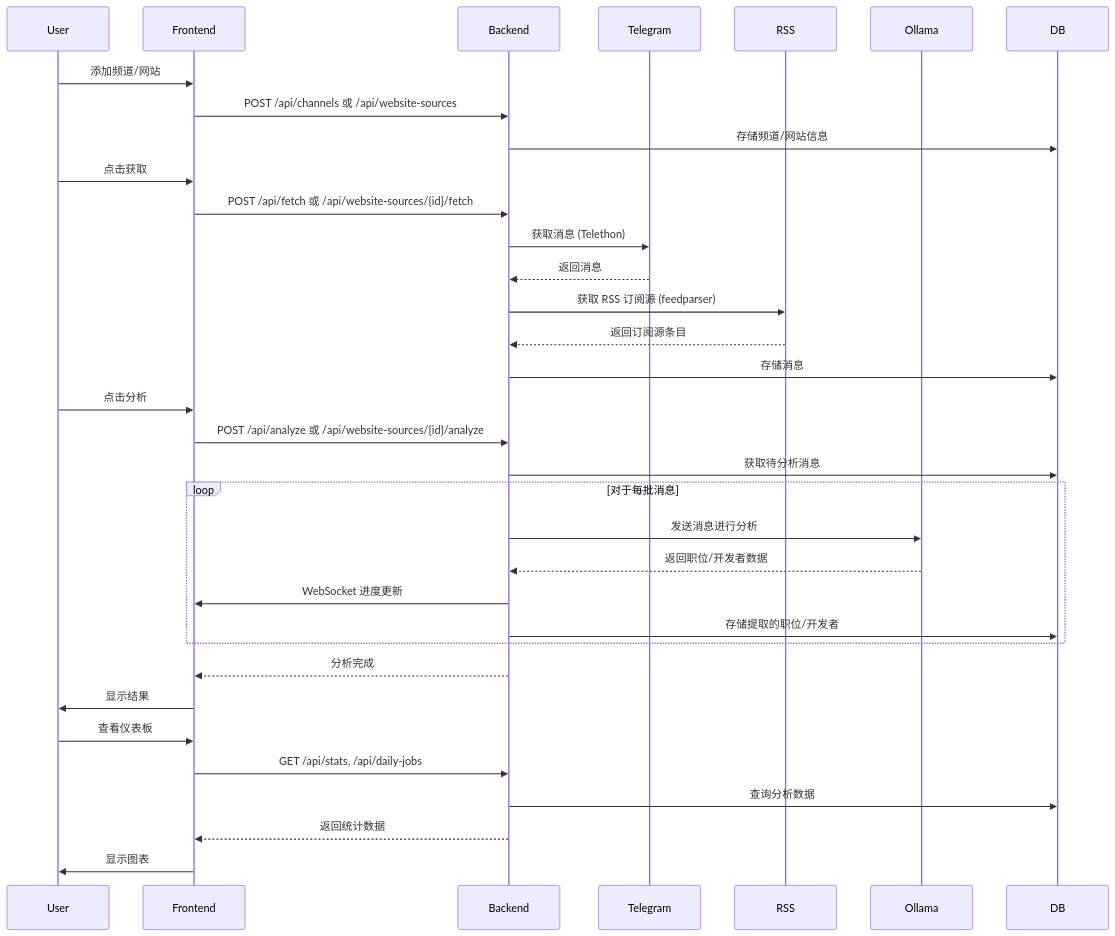
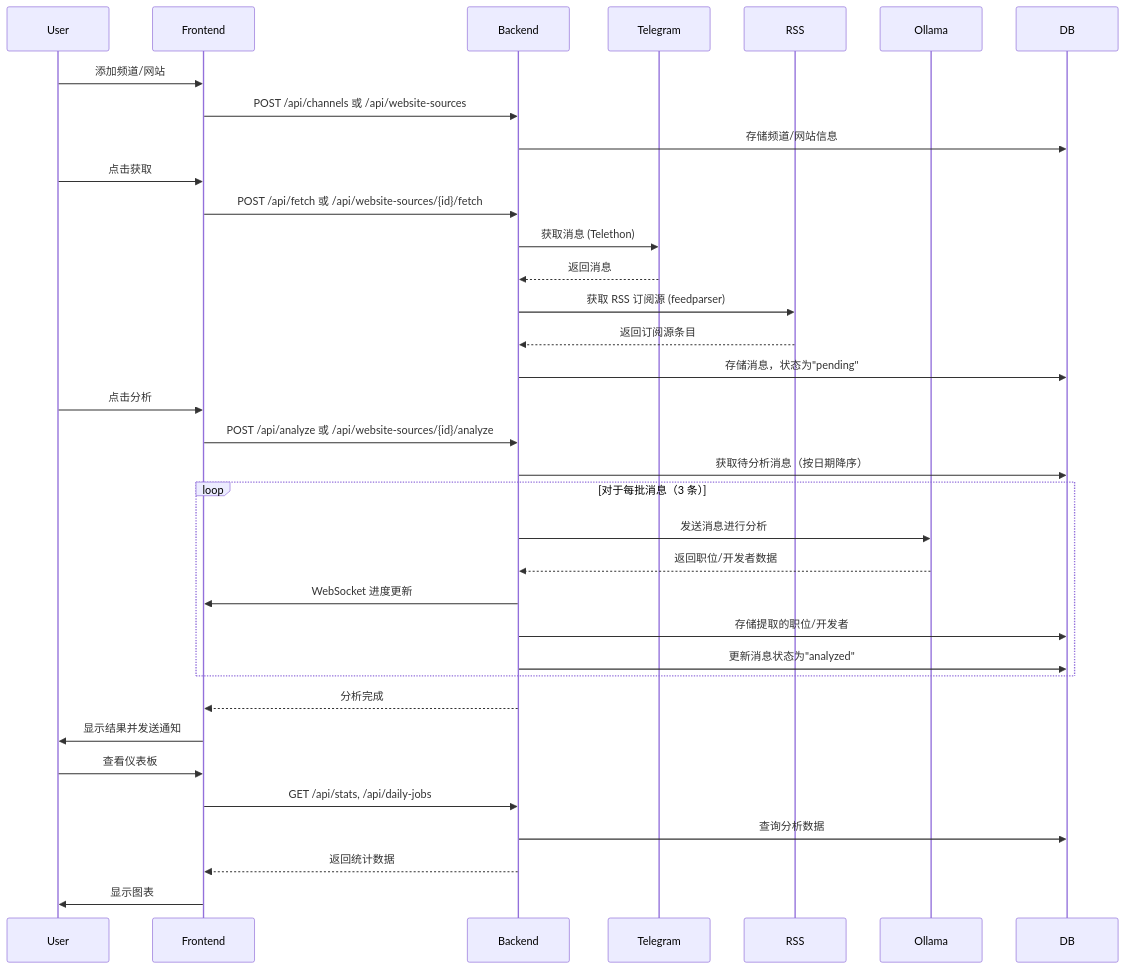
The second of 3 diagrams in README.zh-CN.md (dariank38/agentic-job-scraper), drawn with Mermaid before and after one commit. The commit also changed other lines of this file and 1 other file, not shown here.

First line of the commit message:
docs: restructure README with improved formatting, visual elements, and comprehensive architecture documentation

````diff
--- a/README.zh-CN.md
+++ b/README.zh-CN.md
@@ -54,40 +94,41 @@
 ```mermaid
 sequenceDiagram
     participant User
     participant Frontend
     participant Backend
     participant Telegram
     participant RSS
     participant Ollama
     participant DB
 
     User->>Frontend: 添加频道/网站
     Frontend->>Backend: POST /api/channels 或 /api/website-sources
     Backend->>DB: 存储频道/网站信息
 
     User->>Frontend: 点击获取
     Frontend->>Backend: POST /api/fetch 或 /api/website-sources/{id}/fetch
     Backend->>Telegram: 获取消息 (Telethon)
     Telegram-->>Backend: 返回消息
     Backend->>RSS: 获取 RSS 订阅源 (feedparser)
     RSS-->>Backend: 返回订阅源条目
-    Backend->>DB: 存储消息
+    Backend->>DB: 存储消息，状态为"pending"
 
     User->>Frontend: 点击分析
     Frontend->>Backend: POST /api/analyze 或 /api/website-sources/{id}/analyze
-    Backend->>DB: 获取待分析消息
-    loop 对于每批消息
+    Backend->>DB: 获取待分析消息（按日期降序）
+    loop 对于每批消息（3 条）
         Backend->>Ollama: 发送消息进行分析
         Ollama-->>Backend: 返回职位/开发者数据
         Backend->>Frontend: WebSocket 进度更新
         Backend->>DB: 存储提取的职位/开发者
+        Backend->>DB: 更新消息状态为"analyzed"
     end
     Backend-->>Frontend: 分析完成
-    Frontend->>User: 显示结果
+    Frontend->>User: 显示结果并发送通知
 
     User->>Frontend: 查看仪表板
     Frontend->>Backend: GET /api/stats, /api/daily-jobs
     Backend->>DB: 查询分析数据
     Backend-->>Frontend: 返回统计数据
     Frontend->>User: 显示图表
 ```
````
